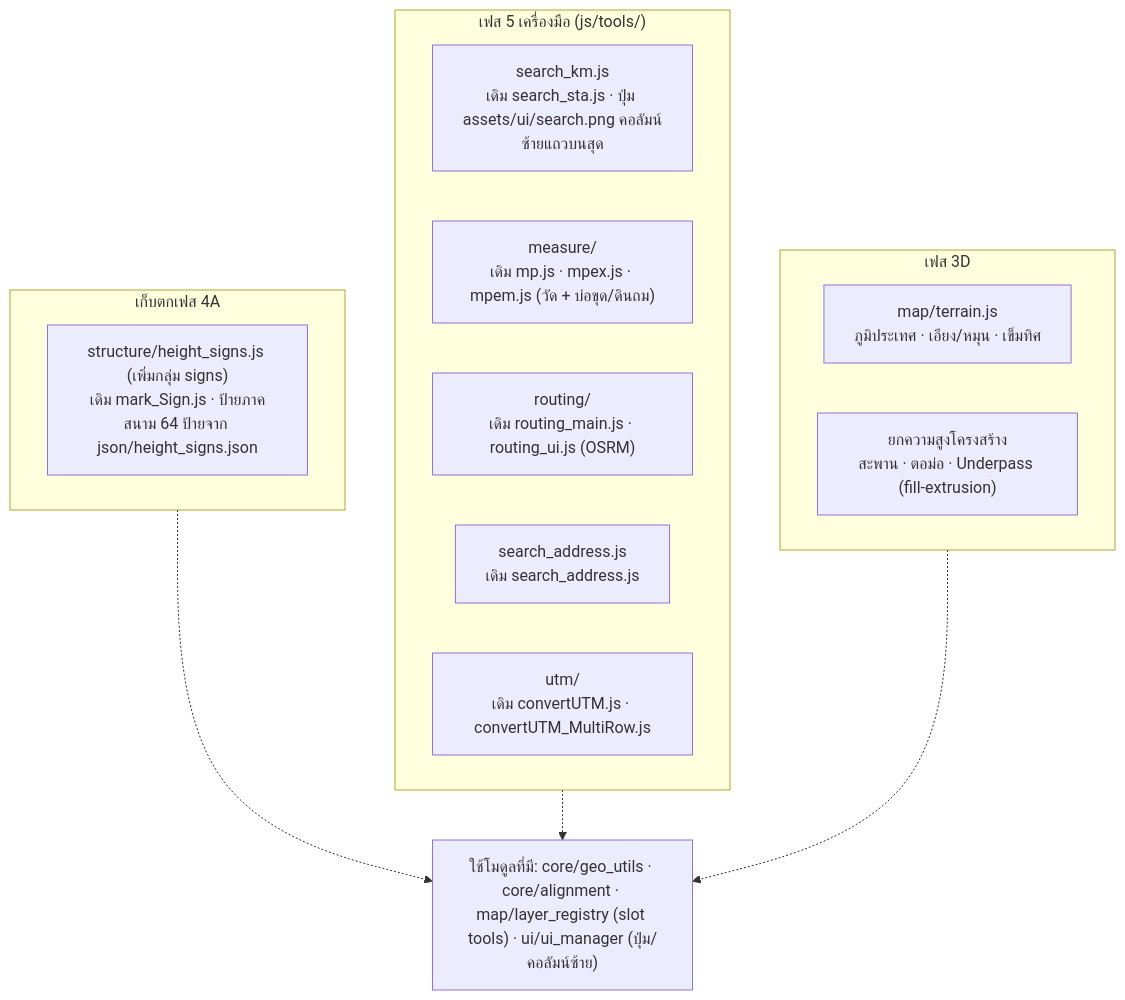
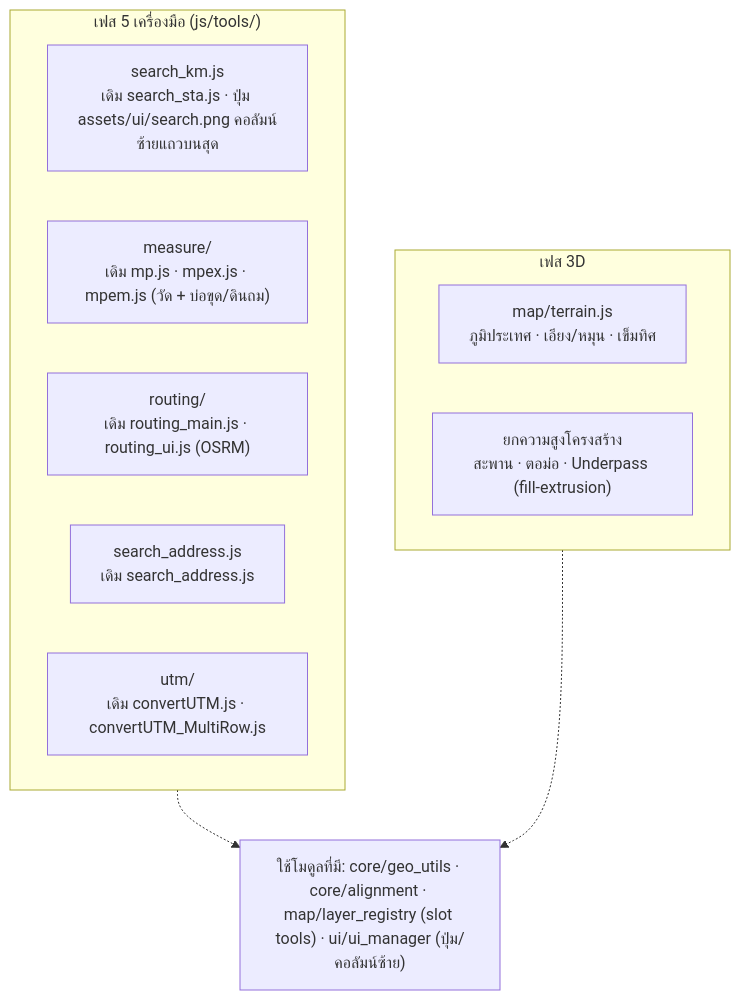
The fourth of 4 diagrams in docs/ARCHITECTURE.md (mr-pairot/bpnp-map3d), drawn with Mermaid before and after one commit. The commit also changed other lines of this file and 8 other files, not shown here.

````diff
--- a/docs/ARCHITECTURE.md
+++ b/docs/ARCHITECTURE.md
@@ -113,21 +113,17 @@
 ```mermaid
 flowchart TB
-    subgraph A4["เก็บตกเฟส 4A"]
-        x1["structure/height_signs.js (เพิ่มกลุ่ม signs)<br/>เดิม mark_Sign.js · ป้ายภาคสนาม 64 ป้ายจาก json/height_signs.json"]
-    end
     subgraph P5["เฟส 5 เครื่องมือ (js/tools/)"]
         t1["search_km.js<br/>เดิม search_sta.js · ปุ่ม assets/ui/search.png คอลัมน์ซ้ายแถวบนสุด"]
         t2["measure/<br/>เดิม mp.js · mpex.js · mpem.js (วัด + บ่อขุด/ดินถม)"]
         t3["routing/<br/>เดิม routing_main.js · routing_ui.js (OSRM)"]
         t4["search_address.js<br/>เดิม search_address.js"]
         t5["utm/<br/>เดิม convertUTM.js · convertUTM_MultiRow.js"]
     end
     subgraph D3["เฟส 3D"]
         d1["map/terrain.js<br/>ภูมิประเทศ · เอียง/หมุน · เข็มทิศ"]
         d2["ยกความสูงโครงสร้าง<br/>สะพาน · ตอม่อ · Underpass (fill-extrusion)"]
     end
     U["ใช้โมดูลที่มี: core/geo_utils · core/alignment · map/layer_registry (slot tools) · ui/ui_manager (ปุ่ม/คอลัมน์ซ้าย)"]
-    A4 -.-> U
     P5 -.-> U
     D3 -.-> U
 ```
````
